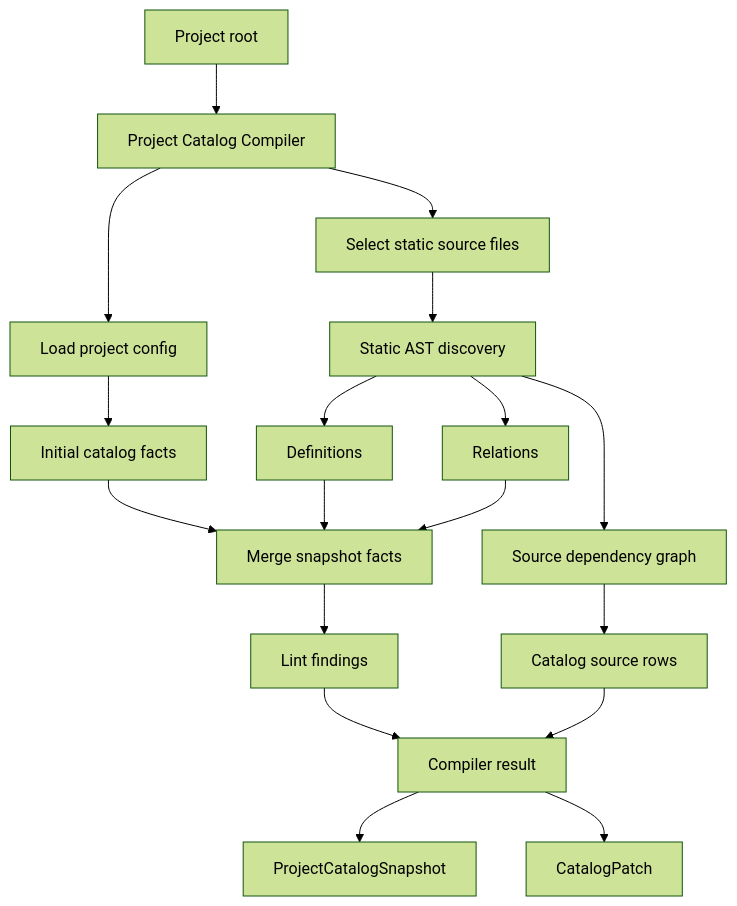
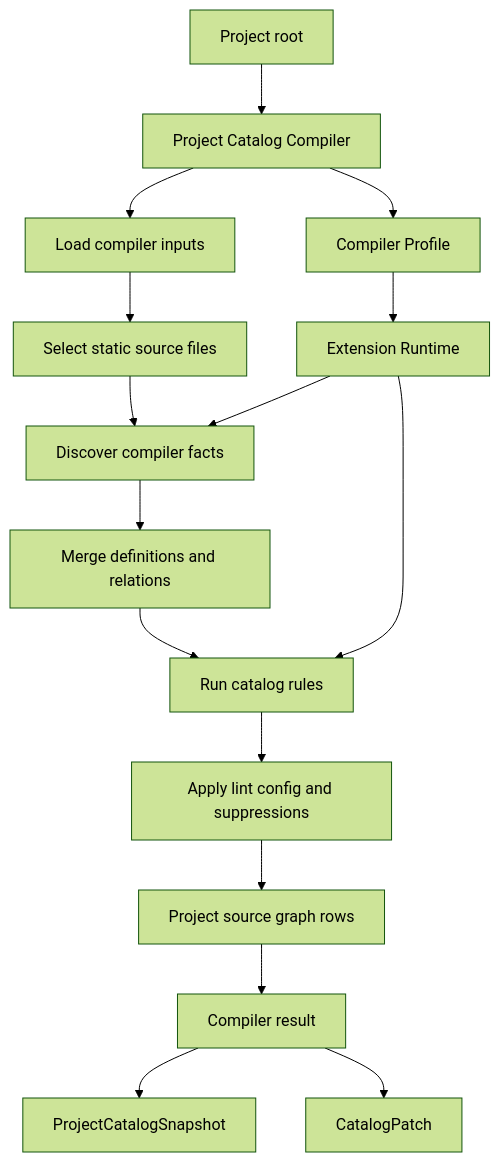
One commit to use-crux/crux changed the first of 8 diagrams in packages/source-indexer/ARCHITECTURE.md. Above: the diagram before and after it, drawn with Mermaid (forest theme). The commit also changed other lines of this file and 26 other files, not shown here.

````diff
--- a/packages/source-indexer/ARCHITECTURE.md
+++ b/packages/source-indexer/ARCHITECTURE.md
@@ -13,20 +13,18 @@
 ```mermaid
 flowchart TD
   A["Project root"] --> B["Project Catalog Compiler"]
-  B --> C["Load project config"]
-  B --> D["Select static source files"]
-  D --> E["Static AST discovery"]
-  E --> F["Definitions"]
-  E --> G["Relations"]
-  E --> H["Source dependency graph"]
-  C --> I["Initial catalog facts"]
-  F --> J["Merge snapshot facts"]
-  G --> J
-  H --> K["Catalog source rows"]
-  I --> J
-  J --> L["Lint findings"]
-  L --> M["Compiler result"]
-  K --> M
-  M --> N["ProjectCatalogSnapshot"]
-  M --> O["CatalogPatch"]
+  B --> C["Compiler Profile"]
+  C --> D["Extension Runtime"]
+  B --> E["Load compiler inputs"]
+  E --> F["Select static source files"]
+  F --> G["Discover compiler facts"]
+  D --> G
+  G --> H["Merge definitions and relations"]
+  H --> I["Run catalog rules"]
+  D --> I
+  I --> J["Apply lint config and suppressions"]
+  J --> K["Project source graph rows"]
+  K --> L["Compiler result"]
+  L --> M["ProjectCatalogSnapshot"]
+  L --> N["CatalogPatch"]
 ```
````
